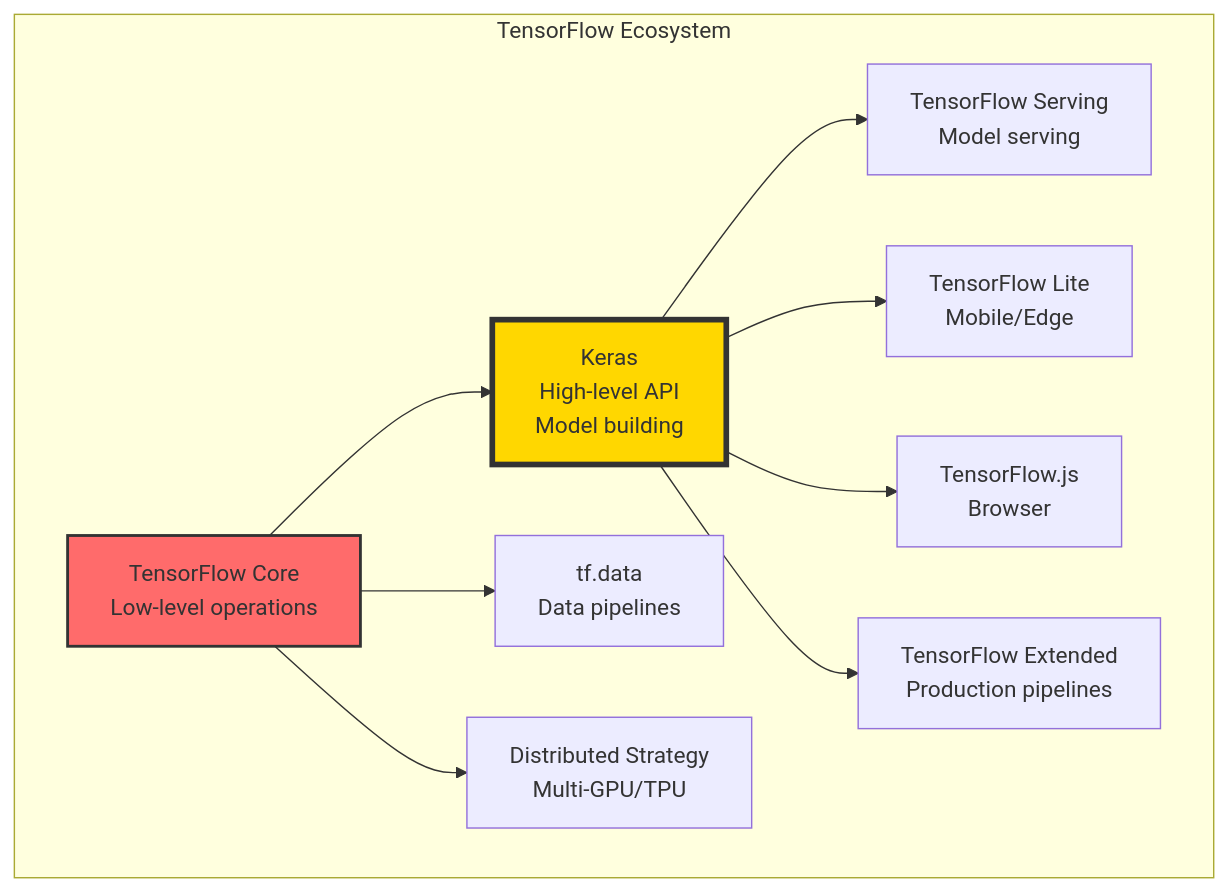
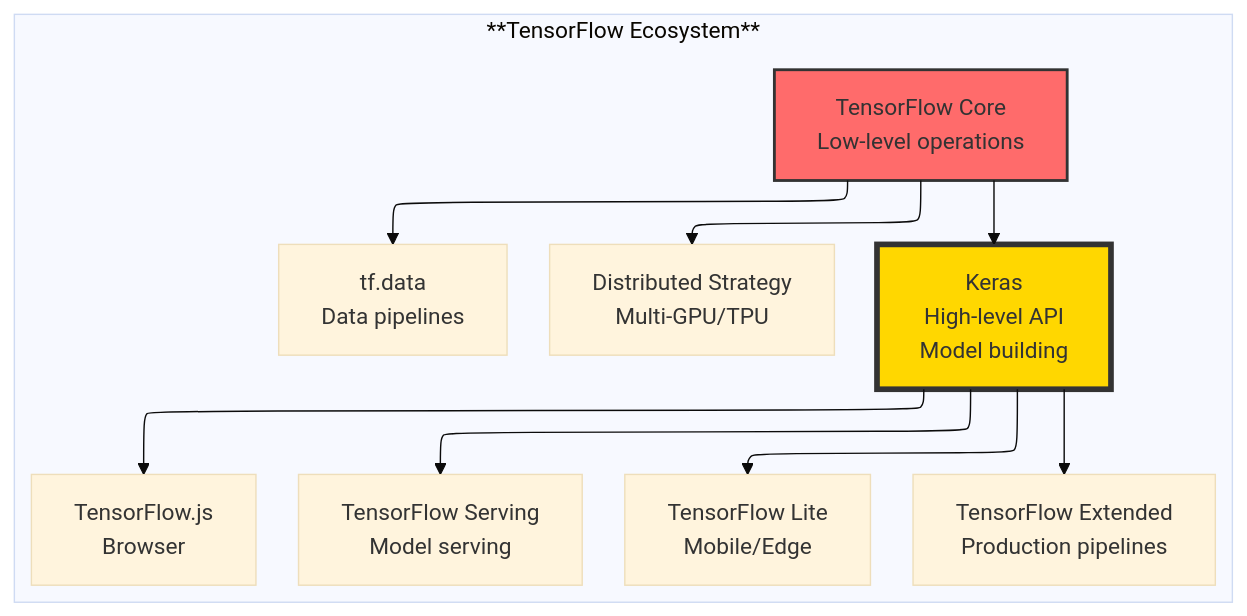
The diagram in The 2026 AI Metromap/The 2026 AI Metromap: TensorFlow & Keras – The Production-Ready Alternative.md (Vineet-Sharma-Medium-Stories/Medium-Build-Tool), drawn with Mermaid before and after one commit. The commit also changed 37 other files, not shown here.

````diff
--- a/The 2026 AI Metromap/The 2026 AI Metromap: TensorFlow & Keras – The Production-Ready Alternative.md
+++ b/The 2026 AI Metromap/The 2026 AI Metromap: TensorFlow & Keras – The Production-Ready Alternative.md
@@ -61,22 +61,27 @@
 ```mermaid
+---
+config:
+  theme: base
+  layout: elk
+---
 graph TD
-    subgraph "TensorFlow Ecosystem"
+    subgraph "**TensorFlow Ecosystem**"
         TF[TensorFlow Core<br/>Low-level operations]
         
         K[Keras<br/>High-level API<br/>Model building]
         DATA[tf.data<br/>Data pipelines]
         DIST[Distributed Strategy<br/>Multi-GPU/TPU]
         
         TF --> K
         TF --> DATA
         TF --> DIST
         
         K --> SERVE[TensorFlow Serving<br/>Model serving]
         K --> LITE[TensorFlow Lite<br/>Mobile/Edge]
         K --> JS[TensorFlow.js<br/>Browser]
         K --> TFX[TensorFlow Extended<br/>Production pipelines]
     end
     
     style TF fill:#ff6b6b,stroke:#333,stroke-width:2px
     style K fill:#ffd700,stroke:#333,stroke-width:4px
 ```
````
